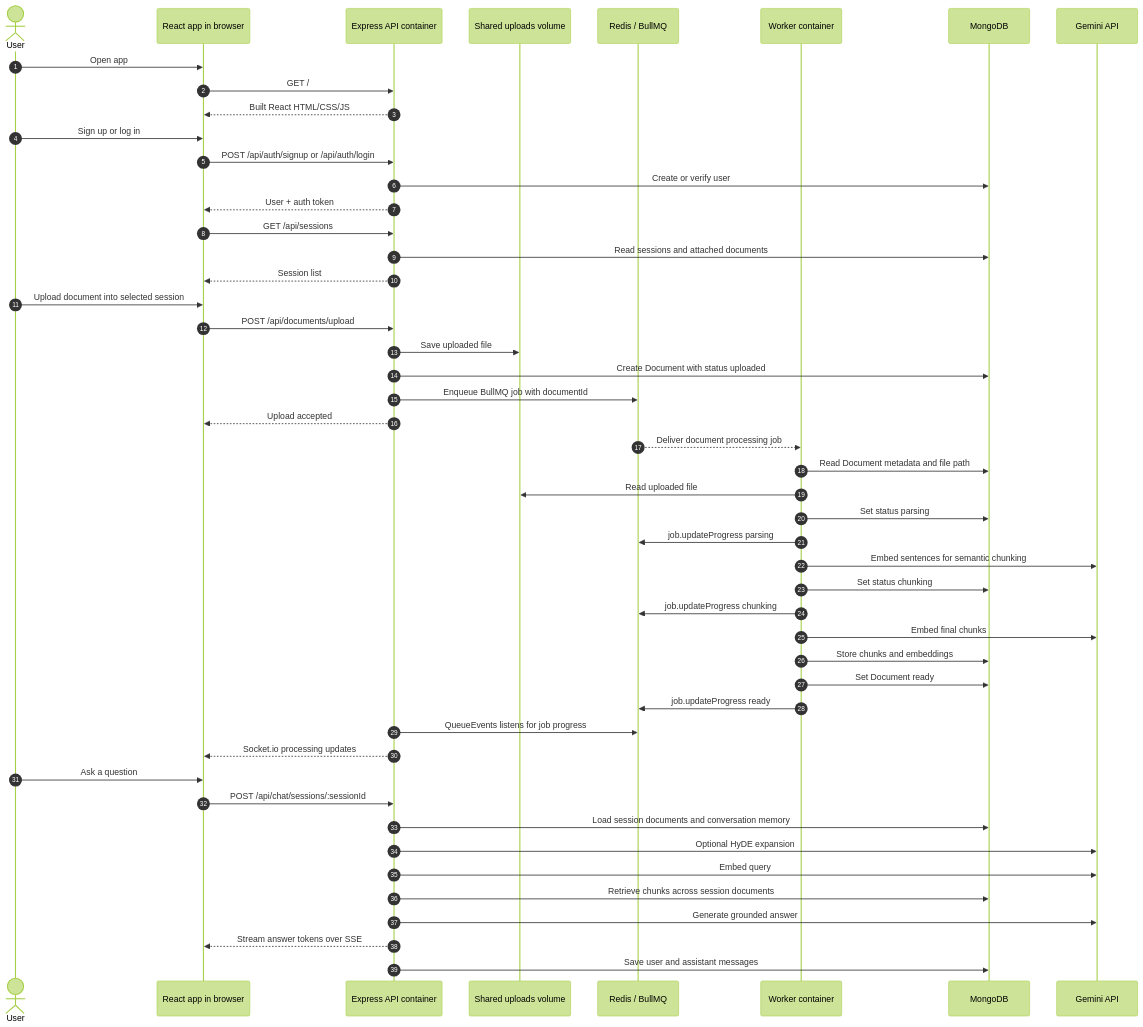
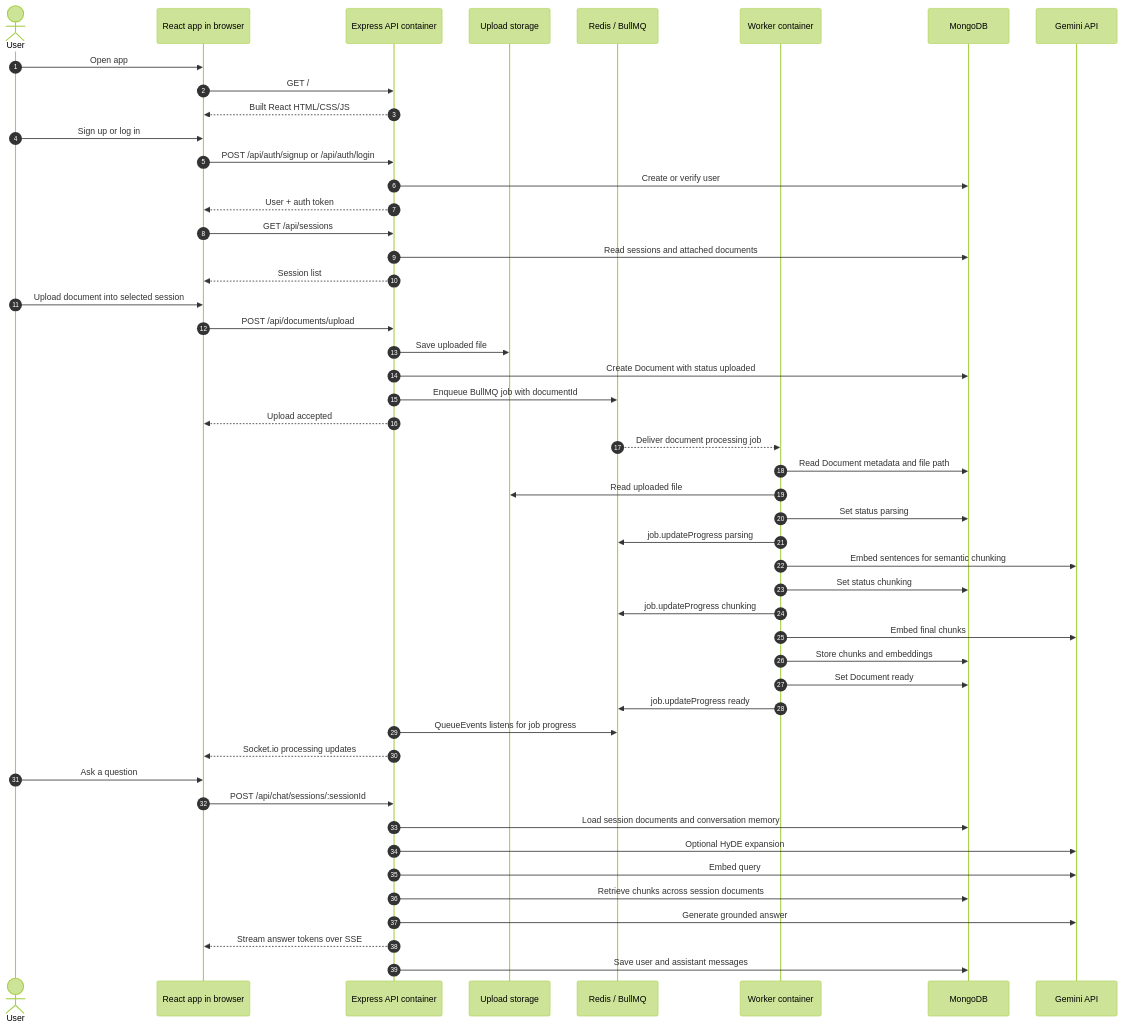
The second of 2 diagrams in README.md (parihar-harsh/RAG-based-doc-scanner), drawn with Mermaid (forest theme) before and after one commit. The commit also changed other lines of this file and 23 other files, not shown here.

````diff
--- a/README.md
+++ b/README.md
@@ -110,58 +110,58 @@
 ```mermaid
 sequenceDiagram
   autonumber
   actor User
   participant Browser as React app in browser
   participant API as Express API container
-  participant Uploads as Shared uploads volume
+  participant Uploads as Upload storage
   participant Redis as Redis / BullMQ
   participant Worker as Worker container
   participant Mongo as MongoDB
   participant Gemini as Gemini API
 
   User->>Browser: Open app
   Browser->>API: GET /
   API-->>Browser: Built React HTML/CSS/JS
 
   User->>Browser: Sign up or log in
   Browser->>API: POST /api/auth/signup or /api/auth/login
   API->>Mongo: Create or verify user
   API-->>Browser: User + auth token
 
   Browser->>API: GET /api/sessions
   API->>Mongo: Read sessions and attached documents
   API-->>Browser: Session list
 
   User->>Browser: Upload document into selected session
   Browser->>API: POST /api/documents/upload
   API->>Uploads: Save uploaded file
   API->>Mongo: Create Document with status uploaded
   API->>Redis: Enqueue BullMQ job with documentId
   API-->>Browser: Upload accepted
 
   Redis-->>Worker: Deliver document processing job
   Worker->>Mongo: Read Document metadata and file path
   Worker->>Uploads: Read uploaded file
   Worker->>Mongo: Set status parsing
   Worker->>Redis: job.updateProgress parsing
   Worker->>Gemini: Embed sentences for semantic chunking
   Worker->>Mongo: Set status chunking
   Worker->>Redis: job.updateProgress chunking
   Worker->>Gemini: Embed final chunks
   Worker->>Mongo: Store chunks and embeddings
   Worker->>Mongo: Set Document ready
   Worker->>Redis: job.updateProgress ready
 
   API->>Redis: QueueEvents listens for job progress
   API-->>Browser: Socket.io processing updates
 
   User->>Browser: Ask a question
   Browser->>API: POST /api/chat/sessions/:sessionId
   API->>Mongo: Load session documents and conversation memory
   API->>Gemini: Optional HyDE expansion
   API->>Gemini: Embed query
   API->>Mongo: Retrieve chunks across session documents
   API->>Gemini: Generate grounded answer
   API-->>Browser: Stream answer tokens over SSE
   API->>Mongo: Save user and assistant messages
 ```
````
